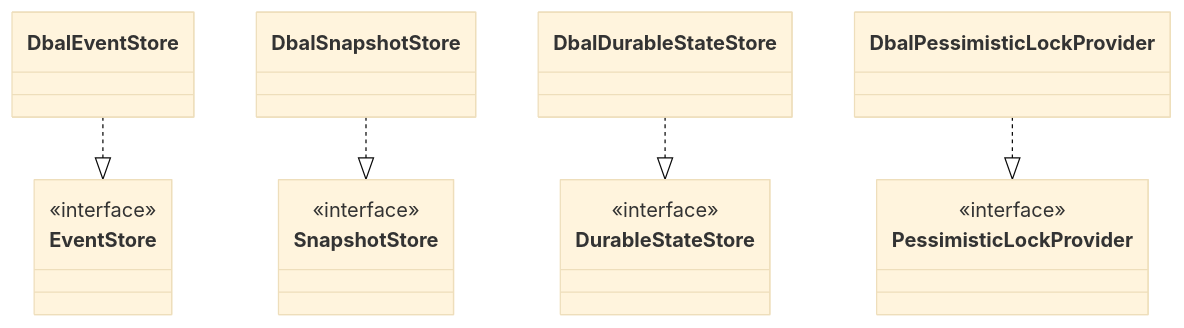
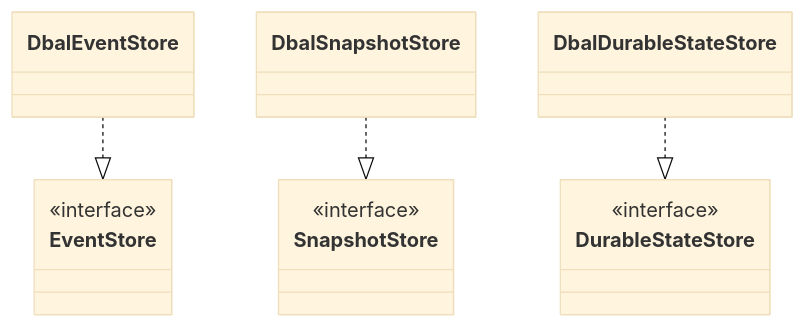
Before and after one commit to nexus-actors/nexus: the diagram in website/docs/packages/persistence-dbal.md, drawn with Mermaid (base theme). The commit also changed other lines of this file and 5 other files, not shown here.

````diff
--- a/website/docs/packages/persistence-dbal.md
+++ b/website/docs/packages/persistence-dbal.md
@@ -19,20 +19,16 @@
 ```mermaid
 classDiagram
     class EventStore {
         <<interface>>
     }
     class SnapshotStore {
         <<interface>>
     }
     class DurableStateStore {
         <<interface>>
     }
-    class PessimisticLockProvider {
-        <<interface>>
-    }
 
     DbalEventStore ..|> EventStore
     DbalSnapshotStore ..|> SnapshotStore
     DbalDurableStateStore ..|> DurableStateStore
-    DbalPessimisticLockProvider ..|> PessimisticLockProvider
 ```
````
